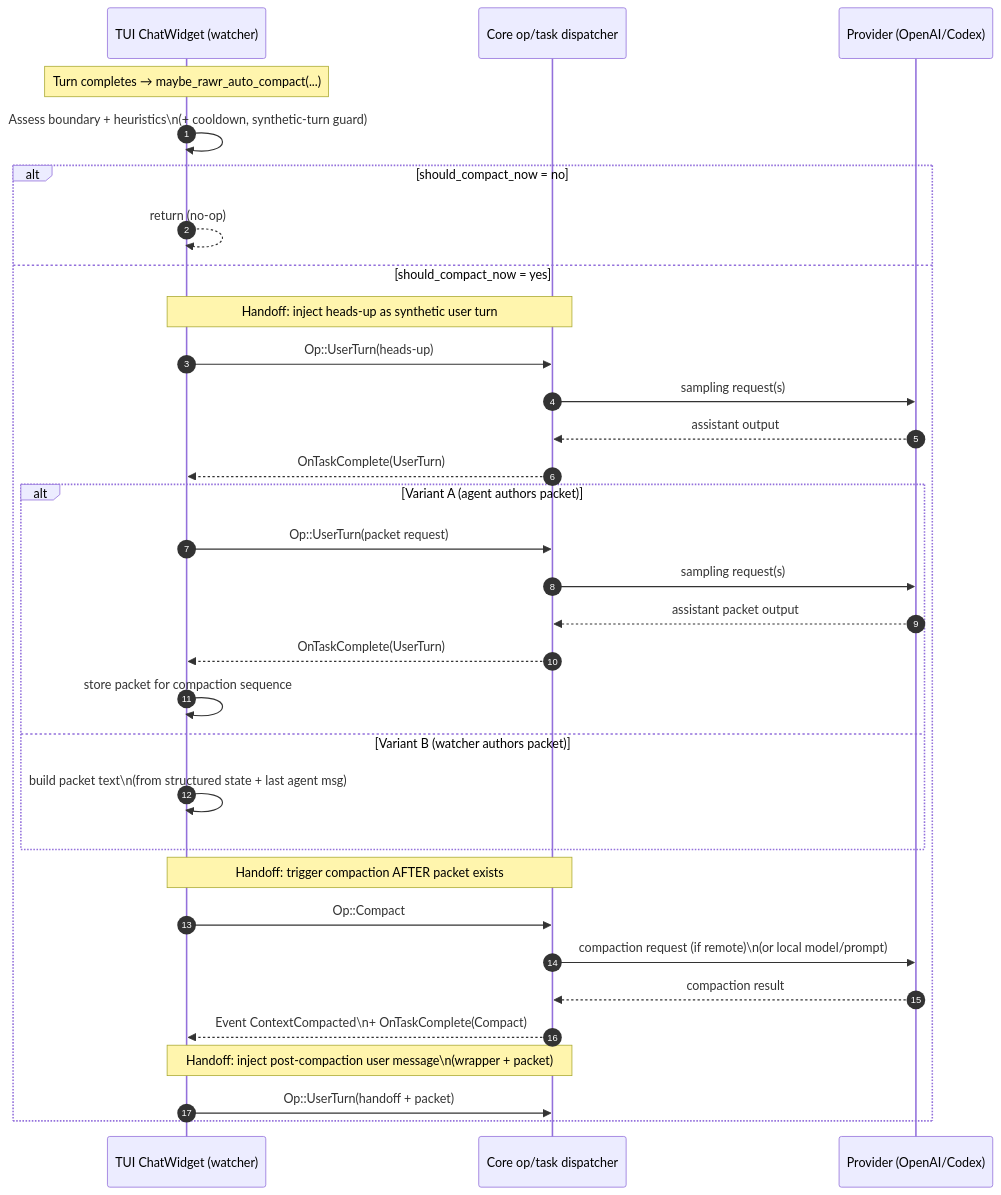
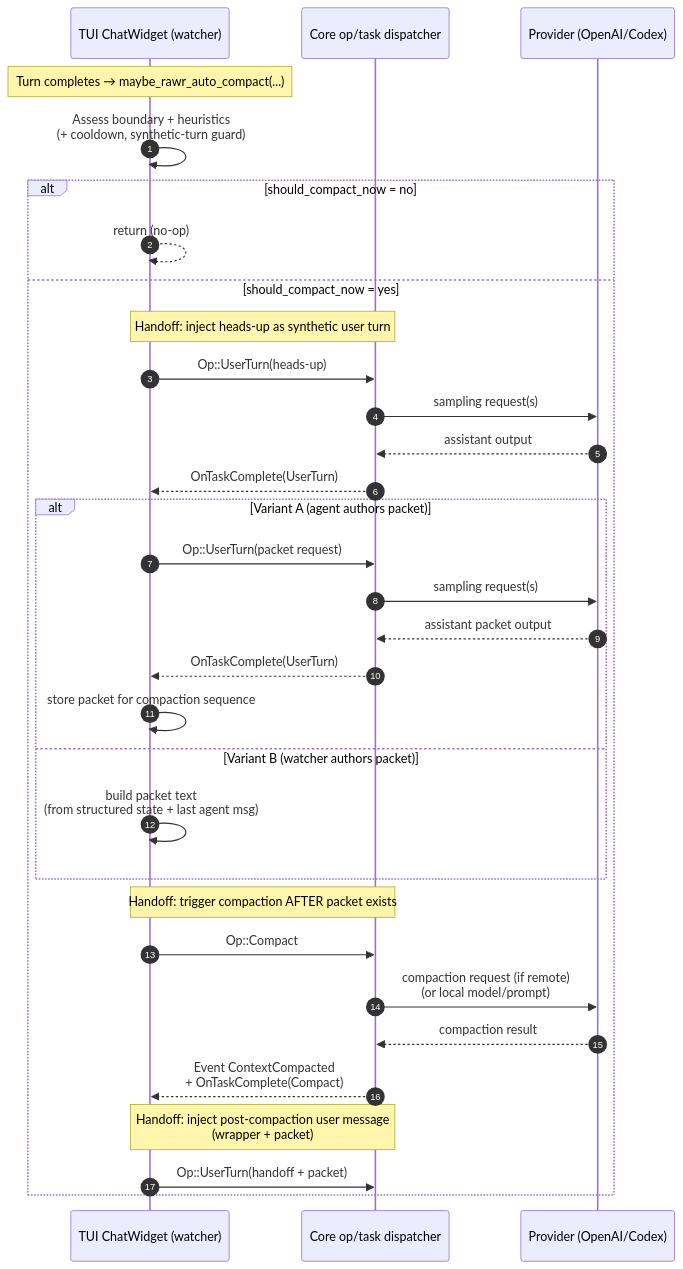
The third of 3 diagrams in rawr/issues/SPEC-rawr-auto-compaction-golden-path-ux.md (rawr-ai/codex), drawn with Mermaid before and after one commit. The commit also changed other lines of this file, not shown here.

Commit message:
docs(rawr): fix mermaid newline rendering

````diff
--- a/rawr/issues/SPEC-rawr-auto-compaction-golden-path-ux.md
+++ b/rawr/issues/SPEC-rawr-auto-compaction-golden-path-ux.md
@@ -261,39 +261,39 @@
 ```mermaid
 sequenceDiagram
   autonumber
   participant UI as TUI ChatWidget (watcher)
   participant Core as Core op/task dispatcher
   participant Prov as Provider (OpenAI/Codex)
 
   Note over UI: Turn completes → maybe_rawr_auto_compact(...)
-  UI->>UI: Assess boundary + heuristics\n(+ cooldown, synthetic-turn guard)
+  UI->>UI: Assess boundary + heuristics<br/>(+ cooldown, synthetic-turn guard)
 
   alt should_compact_now = no
     UI-->>UI: return (no-op)
   else should_compact_now = yes
     Note over UI,Core: Handoff: inject heads-up as synthetic user turn
     UI->>Core: Op::UserTurn(heads-up)
     Core->>Prov: sampling request(s)
     Prov-->>Core: assistant output
     Core-->>UI: OnTaskComplete(UserTurn)
 
     alt Variant A (agent authors packet)
       UI->>Core: Op::UserTurn(packet request)
       Core->>Prov: sampling request(s)
       Prov-->>Core: assistant packet output
       Core-->>UI: OnTaskComplete(UserTurn)
       UI->>UI: store packet for compaction sequence
     else Variant B (watcher authors packet)
-      UI->>UI: build packet text\n(from structured state + last agent msg)
+      UI->>UI: build packet text<br/>(from structured state + last agent msg)
     end
 
     Note over UI,Core: Handoff: trigger compaction AFTER packet exists
     UI->>Core: Op::Compact
-    Core->>Prov: compaction request (if remote)\n(or local model/prompt)
+    Core->>Prov: compaction request (if remote)<br/>(or local model/prompt)
     Prov-->>Core: compaction result
-    Core-->>UI: Event ContextCompacted\n+ OnTaskComplete(Compact)
+    Core-->>UI: Event ContextCompacted<br/>+ OnTaskComplete(Compact)
 
-    Note over UI,Core: Handoff: inject post-compaction user message\n(wrapper + packet)
+    Note over UI,Core: Handoff: inject post-compaction user message<br/>(wrapper + packet)
     UI->>Core: Op::UserTurn(handoff + packet)
   end
 ```
````
